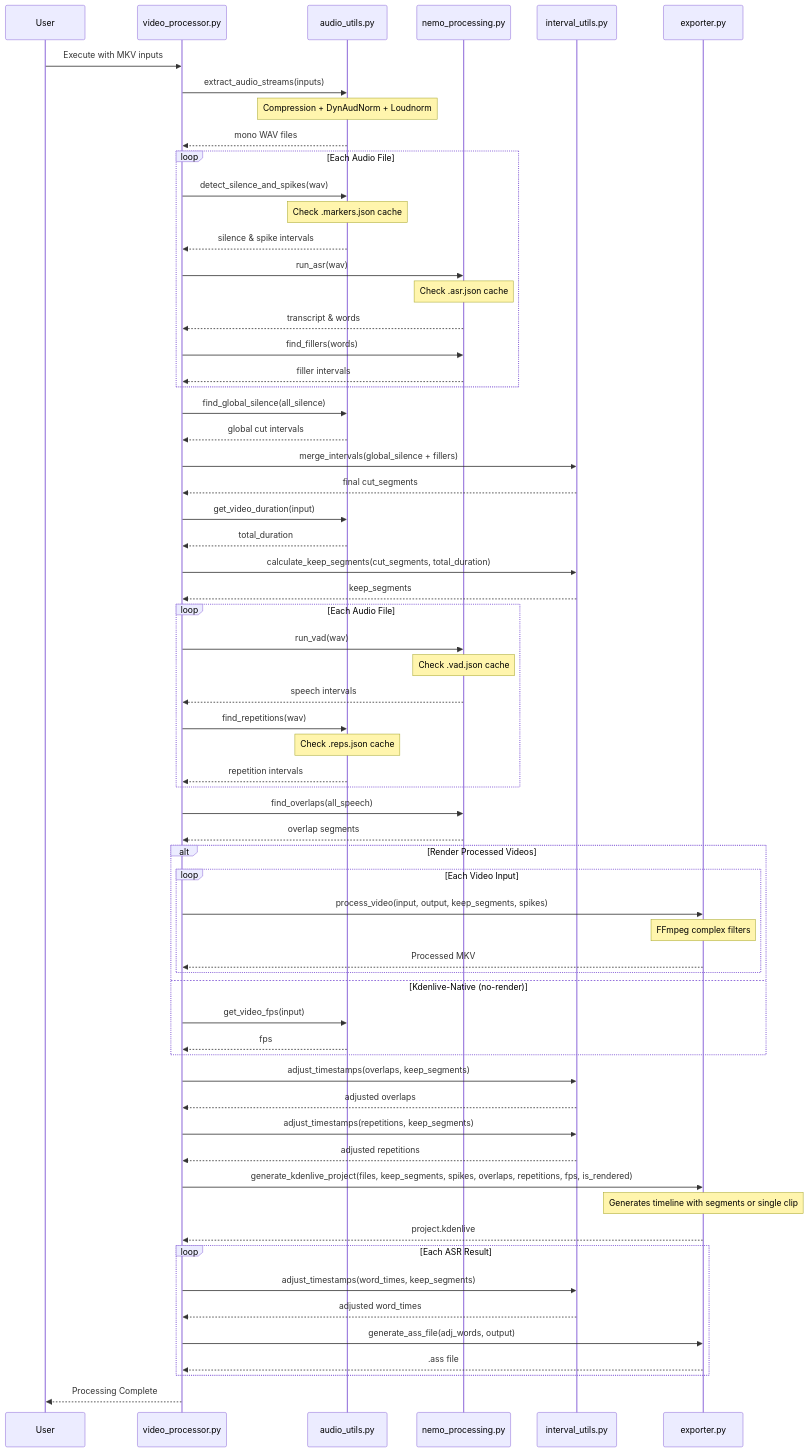
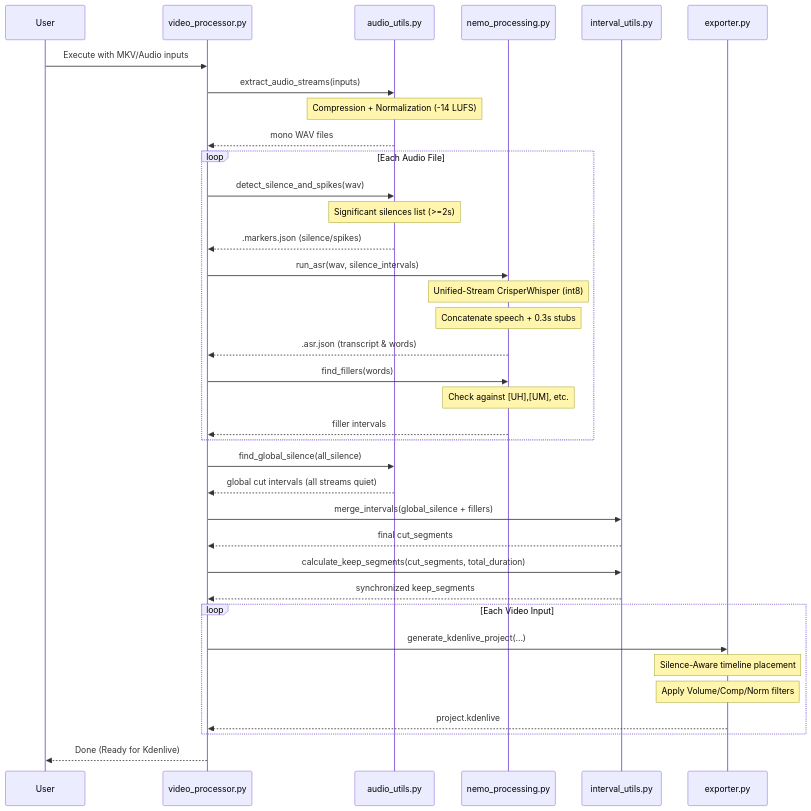
One commit to gpapp/Code-checker changed the diagram in README.md. Above: the diagram before and after it, drawn with Mermaid. The commit also changed other lines of this file and 4 other files, not shown here.

````diff
--- a/README.md
+++ b/README.md
@@ -7,78 +7,47 @@
 ```mermaid
 sequenceDiagram
     participant User
     participant Main as video_processor.py
     participant AU as audio_utils.py
     participant NP as nemo_processing.py
     participant IU as interval_utils.py
     participant EX as exporter.py
 
-    User->>Main: Execute with MKV inputs
+    User->>Main: Execute with MKV/Audio inputs
     Main->>AU: extract_audio_streams(inputs)
-    Note over AU: Compression + DynAudNorm + Loudnorm
+    Note over AU: Compression + Normalization (-14 LUFS)
     AU-->>Main: mono WAV files
 
     loop Each Audio File
         Main->>AU: detect_silence_and_spikes(wav)
-        Note over AU: Check .markers.json cache
-        AU-->>Main: silence & spike intervals
-        Main->>NP: run_asr(wav)
-        Note over NP: Check .asr.json cache
-        NP-->>Main: transcript & words
+        Note over AU: Significant silences list (>=2s)
+        AU-->>Main: .markers.json (silence/spikes)
+        
+        Main->>NP: run_asr(wav, silence_intervals)
+        Note over NP: Unified-Stream CrisperWhisper (int8)
+        Note over NP: Concatenate speech + 0.3s stubs
+        NP-->>Main: .asr.json (transcript & words)
+        
         Main->>NP: find_fillers(words)
+        Note over NP: Check against [UH],[UM], etc.
         NP-->>Main: filler intervals
     end
 
     Main->>AU: find_global_silence(all_silence)
-    AU-->>Main: global cut intervals
+    AU-->>Main: global cut intervals (all streams quiet)
 
     Main->>IU: merge_intervals(global_silence + fillers)
     IU-->>Main: final cut_segments
 
-    Main->>AU: get_video_duration(input)
-    AU-->>Main: total_duration
+    Main->>IU: calculate_keep_segments(cut_segments, total_duration)
+    IU-->>Main: synchronized keep_segments
 
-    Main->>IU: calculate_keep_segments(cut_segments, total_duration)
-    IU-->>Main: keep_segments
-
-    loop Each Audio File
-        Main->>NP: run_vad(wav)
-        Note over NP: Check .vad.json cache
-        NP-->>Main: speech intervals
-        Main->>AU: find_repetitions(wav)
-        Note over AU: Check .reps.json cache
-        AU-->>Main: repetition intervals
+    loop Each Video Input
+        Main->>EX: generate_kdenlive_project(...)
+        Note over EX: Silence-Aware timeline placement
+        Note over EX: Apply Volume/Comp/Norm filters
+        EX-->>Main: project.kdenlive
     end
 
-    Main->>NP: find_overlaps(all_speech)
-    NP-->>Main: overlap segments
-
-    alt Render Processed Videos
-        loop Each Video Input
-            Main->>EX: process_video(input, output, keep_segments, spikes)
-            Note over EX: FFmpeg complex filters
-            EX-->>Main: Processed MKV
-        end
-    else Kdenlive-Native (no-render)
-        Main->>AU: get_video_fps(input)
-        AU-->>Main: fps
-    end
-
-    Main->>IU: adjust_timestamps(overlaps, keep_segments)
-    IU-->>Main: adjusted overlaps
-    Main->>IU: adjust_timestamps(repetitions, keep_segments)
-    IU-->>Main: adjusted repetitions
-
-    Main->>EX: generate_kdenlive_project(files, keep_segments, spikes, overlaps, repetitions, fps, is_rendered)
-    Note over EX: Generates timeline with segments or single clip
-    EX-->>Main: project.kdenlive
-
-    loop Each ASR Result
-        Main->>IU: adjust_timestamps(word_times, keep_segments)
-        IU-->>Main: adjusted word_times
-        Main->>EX: generate_ass_file(adj_words, output)
-        EX-->>Main: .ass file
-    end
-
-    Main-->>User: Processing Complete
+    Main-->>User: Done (Ready for Kdenlive)
 ```
````
